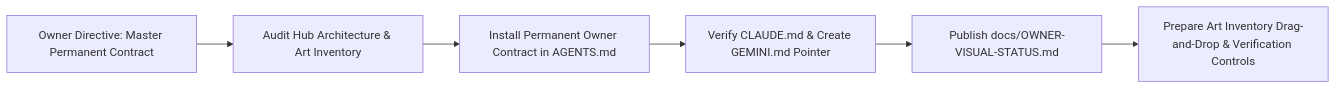
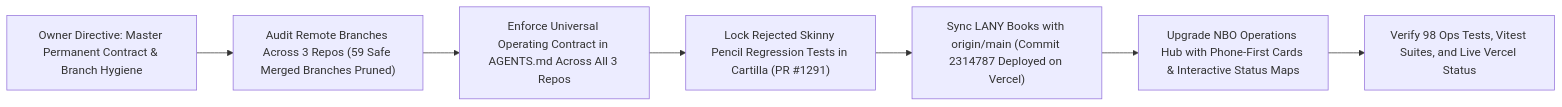
Before and after one commit to ejnburrows-rgb/Command-Center-: the second of 2 diagrams in docs/OWNER-VISUAL-STATUS.md, drawn with Mermaid. The commit also changed other lines of this file and 2 other files, not shown here.

Commit message:
feat(hub): upgrade to phone-first minimalist 3-project overview with clickable exploration and status maps

````diff
--- a/docs/OWNER-VISUAL-STATUS.md
+++ b/docs/OWNER-VISUAL-STATUS.md
@@ -33,9 +33,10 @@
 ```mermaid
 flowchart LR
-    REQ["Owner Directive: Master Permanent Contract"] 
-    --> AUDIT["Audit Hub Architecture & Art Inventory"]
-    --> RULES["Install Permanent Owner Contract in AGENTS.md"]
-    --> POINTERS["Verify CLAUDE.md & Create GEMINI.md Pointer"]
-    --> DOCS["Publish docs/OWNER-VISUAL-STATUS.md"]
-    --> PREPARE["Prepare Art Inventory Drag-and-Drop & Verification Controls"]
+    REQ["Owner Directive: Master Permanent Contract & Branch Hygiene"] 
+    --> AUDIT["Audit Remote Branches Across 3 Repos (59 Safe Merged Branches Pruned)"]
+    --> RULES["Enforce Universal Operating Contract in AGENTS.md Across All 3 Repos"]
+    --> LOCKS["Lock Rejected Skinny Pencil Regression Tests in Cartilla (PR #1291)"]
+    --> SYNC["Sync LANY Books with origin/main (Commit 2314787 Deployed on Vercel)"]
+    --> UPGRADE["Upgrade NBO Operations Hub with Phone-First Cards & Interactive Status Maps"]
+    --> VERIFY["Verify 98 Ops Tests, Vitest Suites, and Live Vercel Status"]
 ```
````
